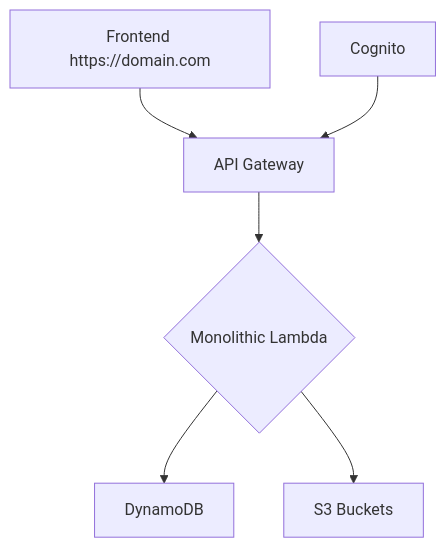
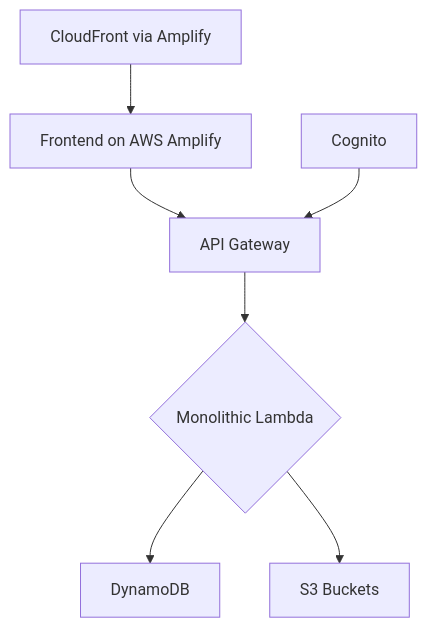
Before and after one commit to AkumaBlazeX/bolt-achomate: the third of 3 diagrams in Documents/construction.md, drawn with Mermaid.

````diff
--- a/Documents/construction.md
+++ b/Documents/construction.md
@@ -117,8 +117,9 @@
 ```mermaid
 graph TD
-    A[Frontend https://domain.com] --> B[API Gateway]
+    A[Frontend on AWS Amplify] --> B[API Gateway]
     B --> C{Monolithic Lambda}
     C --> D[DynamoDB]
     C --> E[S3 Buckets]
     F[Cognito] --> B
+    G[CloudFront via Amplify] --> A
 ```
````
